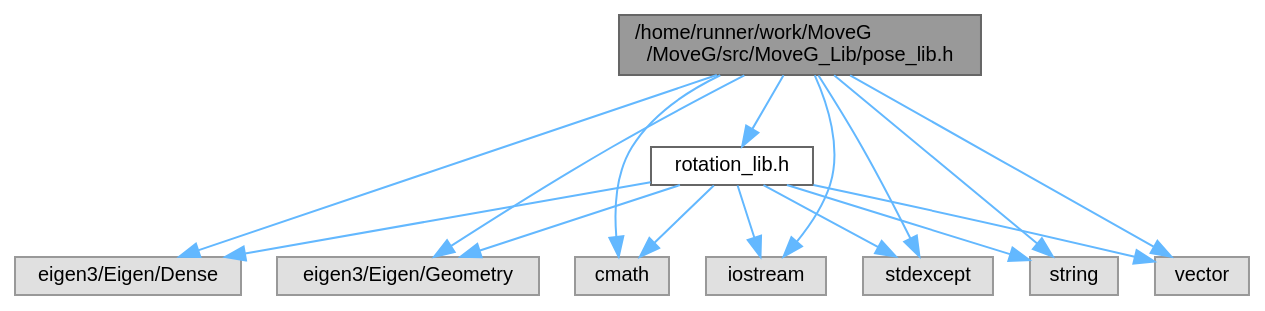
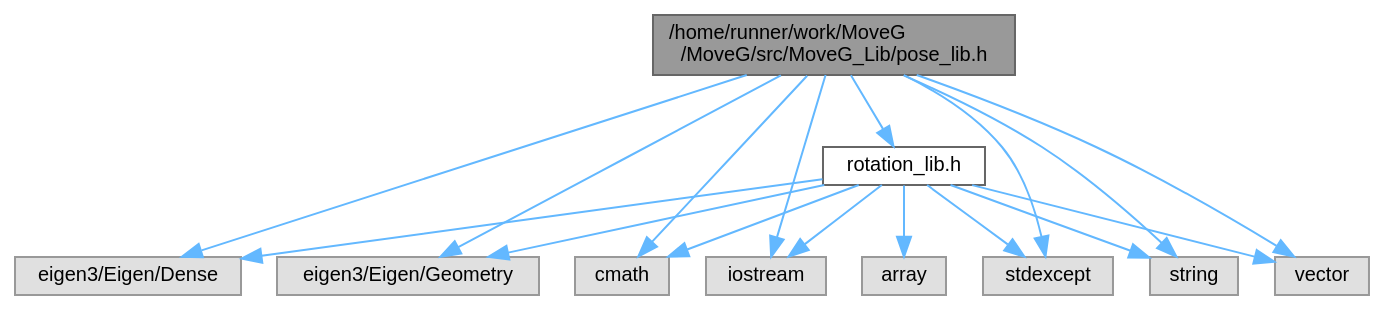
Before and after one commit to GiorgioMedico/MoveG: the diagram in pose__lib_8h__incl.dot, drawn with Graphviz. The commit also changed 35 other files, not shown here.

```diff
--- a/pose__lib_8h__incl.dot
+++ b/pose__lib_8h__incl.dot
@@ -1,31 +1,33 @@
 digraph "/home/runner/work/MoveG/MoveG/src/MoveG_Lib/pose_lib.h"
 {
  // LATEX_PDF_SIZE
   bgcolor="transparent";
   edge [fontname=Helvetica,fontsize=10,labelfontname=Helvetica,labelfontsize=10];
   node [fontname=Helvetica,fontsize=10,shape=box,height=0.2,width=0.4];
   Node1 [id="Node000001",label="/home/runner/work/MoveG\l/MoveG/src/MoveG_Lib/pose_lib.h",height=0.2,width=0.4,color="gray40", fillcolor="grey60", style="filled", fontcolor="black",tooltip="Classe per la rappresentazione di Pose."];
   Node1 -> Node2 [id="edge1_Node000001_Node000002",color="steelblue1",style="solid",tooltip=" "];
   Node2 [id="Node000002",label="eigen3/Eigen/Dense",height=0.2,width=0.4,color="grey60", fillcolor="#E0E0E0", style="filled",tooltip=" "];
   Node1 -> Node3 [id="edge2_Node000001_Node000003",color="steelblue1",style="solid",tooltip=" "];
   Node3 [id="Node000003",label="eigen3/Eigen/Geometry",height=0.2,width=0.4,color="grey60", fillcolor="#E0E0E0", style="filled",tooltip=" "];
   Node1 -> Node4 [id="edge3_Node000001_Node000004",color="steelblue1",style="solid",tooltip=" "];
   Node4 [id="Node000004",label="cmath",height=0.2,width=0.4,color="grey60", fillcolor="#E0E0E0", style="filled",tooltip=" "];
   Node1 -> Node5 [id="edge4_Node000001_Node000005",color="steelblue1",style="solid",tooltip=" "];
   Node5 [id="Node000005",label="iostream",height=0.2,width=0.4,color="grey60", fillcolor="#E0E0E0", style="filled",tooltip=" "];
   Node1 -> Node6 [id="edge5_Node000001_Node000006",color="steelblue1",style="solid",tooltip=" "];
   Node6 [id="Node000006",label="stdexcept",height=0.2,width=0.4,color="grey60", fillcolor="#E0E0E0", style="filled",tooltip=" "];
   Node1 -> Node7 [id="edge6_Node000001_Node000007",color="steelblue1",style="solid",tooltip=" "];
   Node7 [id="Node000007",label="string",height=0.2,width=0.4,color="grey60", fillcolor="#E0E0E0", style="filled",tooltip=" "];
   Node1 -> Node8 [id="edge7_Node000001_Node000008",color="steelblue1",style="solid",tooltip=" "];
   Node8 [id="Node000008",label="vector",height=0.2,width=0.4,color="grey60", fillcolor="#E0E0E0", style="filled",tooltip=" "];
   Node1 -> Node9 [id="edge8_Node000001_Node000009",color="steelblue1",style="solid",tooltip=" "];
   Node9 [id="Node000009",label="rotation_lib.h",height=0.2,width=0.4,color="grey40", fillcolor="white", style="filled",URL="$rotation__lib_8h.html",tooltip="Class for representing and manipulating 3D rotations."];
   Node9 -> Node2 [id="edge9_Node000009_Node000002",color="steelblue1",style="solid",tooltip=" "];
   Node9 -> Node3 [id="edge10_Node000009_Node000003",color="steelblue1",style="solid",tooltip=" "];
-  Node9 -> Node4 [id="edge11_Node000009_Node000004",color="steelblue1",style="solid",tooltip=" "];
-  Node9 -> Node5 [id="edge12_Node000009_Node000005",color="steelblue1",style="solid",tooltip=" "];
-  Node9 -> Node6 [id="edge13_Node000009_Node000006",color="steelblue1",style="solid",tooltip=" "];
-  Node9 -> Node7 [id="edge14_Node000009_Node000007",color="steelblue1",style="solid",tooltip=" "];
-  Node9 -> Node8 [id="edge15_Node000009_Node000008",color="steelblue1",style="solid",tooltip=" "];
+  Node9 -> Node10 [id="edge11_Node000009_Node000010",color="steelblue1",style="solid",tooltip=" "];
+  Node10 [id="Node000010",label="array",height=0.2,width=0.4,color="grey60", fillcolor="#E0E0E0", style="filled",tooltip=" "];
+  Node9 -> Node4 [id="edge12_Node000009_Node000004",color="steelblue1",style="solid",tooltip=" "];
+  Node9 -> Node5 [id="edge13_Node000009_Node000005",color="steelblue1",style="solid",tooltip=" "];
+  Node9 -> Node6 [id="edge14_Node000009_Node000006",color="steelblue1",style="solid",tooltip=" "];
+  Node9 -> Node7 [id="edge15_Node000009_Node000007",color="steelblue1",style="solid",tooltip=" "];
+  Node9 -> Node8 [id="edge16_Node000009_Node000008",color="steelblue1",style="solid",tooltip=" "];
 }
```
